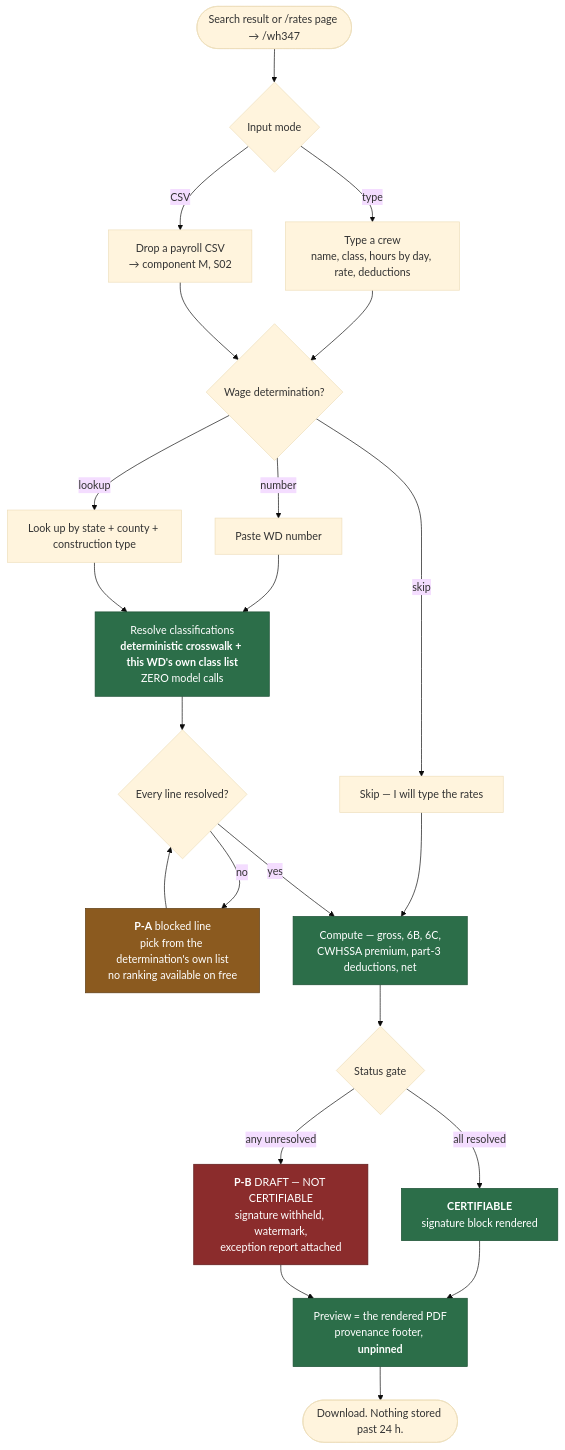
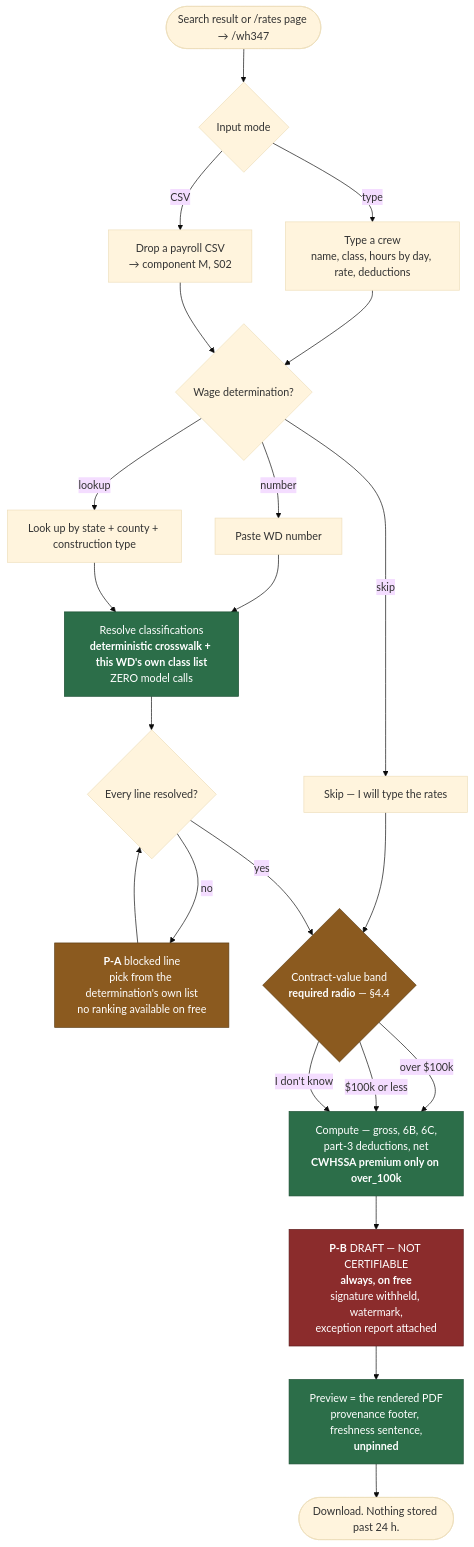
Before and after one commit to ozore/Octopus: the first of 14 diagrams in run-2/phase-2-build/architecture/USER_JOURNEY.md, drawn with Mermaid (base theme). The commit also changed other lines of this file and 8 other files, not shown here.

````diff
--- a/run-2/phase-2-build/architecture/USER_JOURNEY.md
+++ b/run-2/phase-2-build/architecture/USER_JOURNEY.md
@@ -152,40 +152,41 @@
 ```mermaid
 flowchart TB
     A(["Search result or /rates page → /wh347"])
     B{"Input mode"}
     C["Type a crew<br/>name, class, hours by day, rate, deductions"]
     D["Drop a payroll CSV<br/>→ component M, S02"]
     E{"Wage determination?"}
     F["Paste WD number"]
     G["Look up by state + county + construction type"]
     H["Skip — I will type the rates"]
     I["Resolve classifications<br/><b>deterministic crosswalk + this WD's own class list</b><br/>ZERO model calls"]
     J{"Every line resolved?"}
     K["<b>P-A</b> blocked line<br/>pick from the determination's own list<br/>no ranking available on free"]
-    L["Compute — gross, 6B, 6C,<br/>CWHSSA premium, part-3 deductions, net"]
-    M{"Status gate"}
-    N["<b>CERTIFIABLE</b><br/>signature block rendered"]
-    O["<b>P-B</b> DRAFT — NOT CERTIFIABLE<br/>signature withheld, watermark,<br/>exception report attached"]
-    P["Preview = the rendered PDF<br/>provenance footer, <b>unpinned</b>"]
+    CV{"Contract-value band<br/><b>required radio</b> — §4.4"}
+    L["Compute — gross, 6B, 6C,<br/>part-3 deductions, net<br/><b>CWHSSA premium only on over_100k</b>"]
+    O["<b>P-B</b> DRAFT — NOT CERTIFIABLE<br/><b>always, on free</b><br/>signature withheld, watermark,<br/>exception report attached"]
+    P["Preview = the rendered PDF<br/>provenance footer, freshness sentence,<br/><b>unpinned</b>"]
     Q(["Download. Nothing stored past 24 h."])
 
     A --> B
     B -->|type| C --> E
     B -->|CSV| D --> E
     E -->|number| F --> I
     E -->|lookup| G --> I
-    E -->|skip| H --> L
+    E -->|skip| H --> CV
     I --> J
     J -->|no| K --> J
-    J -->|yes| L --> M
-    M -->|all resolved| N --> P
-    M -->|any unresolved| O --> P
+    J -->|yes| CV
+    CV -->|"over $100k"| L
+    CV -->|"$100k or less"| L
+    CV -->|"I don't know"| L
+    L --> O --> P
     P --> Q
 
     classDef ok fill:#2c6e49,stroke:#194d31,color:#fff
     classDef warn fill:#8b5a1f,stroke:#5c3c14,color:#fff
     classDef bad fill:#8b2c2c,stroke:#5c1a1a,color:#fff
-    class I,L,N,P ok
-    class K warn
+    class I,L,P ok
+    class K,CV warn
     class O bad
 ```
````
